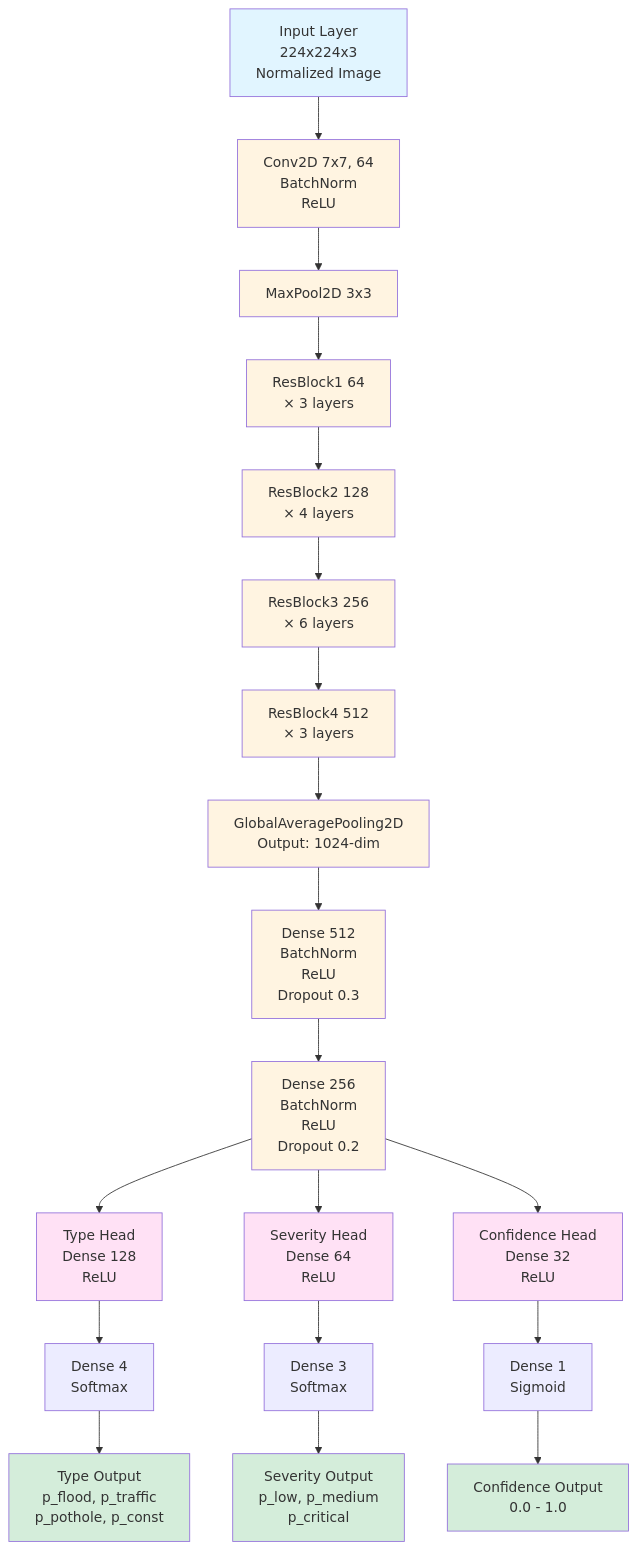
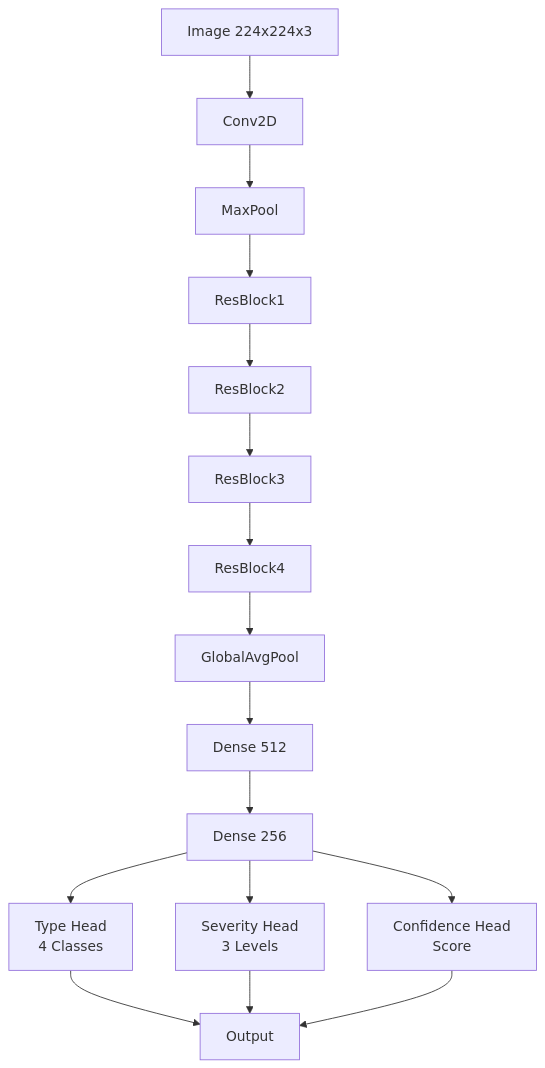
One commit to nvtank/AI_Assistant_DN changed the second of 2 diagrams in docs/future/05-AI-Classification-Model.md. Above: the diagram before and after it, drawn with Mermaid. The commit also changed other lines of this file and 3 other files, not shown here.

````diff
--- a/docs/future/05-AI-Classification-Model.md
+++ b/docs/future/05-AI-Classification-Model.md
@@ -68,42 +55,18 @@
 ```mermaid
 graph TB
-    Input[Input Layer<br/>224x224x3<br/>Normalized Image] --> Conv1[Conv2D 7x7, 64<br/>BatchNorm<br/>ReLU]
-    Conv1 --> MaxPool[MaxPool2D 3x3]
-    MaxPool --> ResBlock1[ResBlock1 64<br/>× 3 layers]
-    ResBlock1 --> ResBlock2[ResBlock2 128<br/>× 4 layers]
-    ResBlock2 --> ResBlock3[ResBlock3 256<br/>× 6 layers]
-    ResBlock3 --> ResBlock4[ResBlock4 512<br/>× 3 layers]
-    ResBlock4 --> GAP[GlobalAveragePooling2D<br/>Output: 1024-dim]
-    
-    GAP --> Dense1[Dense 512<br/>BatchNorm<br/>ReLU<br/>Dropout 0.3]
-    Dense1 --> Dense2[Dense 256<br/>BatchNorm<br/>ReLU<br/>Dropout 0.2]
-    
-    Dense2 --> TypeDense1[Type Head<br/>Dense 128<br/>ReLU]
-    Dense2 --> SeverityDense1[Severity Head<br/>Dense 64<br/>ReLU]
-    Dense2 --> ConfDense1[Confidence Head<br/>Dense 32<br/>ReLU]
-    
-    TypeDense1 --> TypeDense2[Dense 4<br/>Softmax]
-    SeverityDense1 --> SeverityDense2[Dense 3<br/>Softmax]
-    ConfDense1 --> ConfDense2[Dense 1<br/>Sigmoid]
-    
-    TypeDense2 --> TypeOut[Type Output<br/>p_flood, p_traffic<br/>p_pothole, p_const]
-    SeverityDense2 --> SeverityOut[Severity Output<br/>p_low, p_medium<br/>p_critical]
-    ConfDense2 --> ConfOut[Confidence Output<br/>0.0 - 1.0]
-    
-    style Input fill:#e1f5ff
-    style Conv1 fill:#fff4e1
-    style MaxPool fill:#fff4e1
-    style ResBlock1 fill:#fff4e1
-    style ResBlock2 fill:#fff4e1
-    style ResBlock3 fill:#fff4e1
-    style ResBlock4 fill:#fff4e1
-    style GAP fill:#fff4e1
-    style Dense1 fill:#fff4e1
-    style Dense2 fill:#fff4e1
-    style TypeDense1 fill:#ffe1f5
-    style SeverityDense1 fill:#ffe1f5
-    style ConfDense1 fill:#ffe1f5
-    style TypeOut fill:#d4edda
-    style SeverityOut fill:#d4edda
-    style ConfOut fill:#d4edda
+    Input[Image 224x224x3] --> Conv[Conv2D]
+    Conv --> Pool[MaxPool]
+    Pool --> Res1[ResBlock1]
+    Res1 --> Res2[ResBlock2]
+    Res2 --> Res3[ResBlock3]
+    Res3 --> Res4[ResBlock4]
+    Res4 --> GAP[GlobalAvgPool]
+    GAP --> Dense1[Dense 512]
+    Dense1 --> Dense2[Dense 256]
+    Dense2 --> Type[Type Head<br/>4 Classes]
+    Dense2 --> Severity[Severity Head<br/>3 Levels]
+    Dense2 --> Confidence[Confidence Head<br/>Score]
+    Type --> Output[Output]
+    Severity --> Output
+    Confidence --> Output
 ```
````
